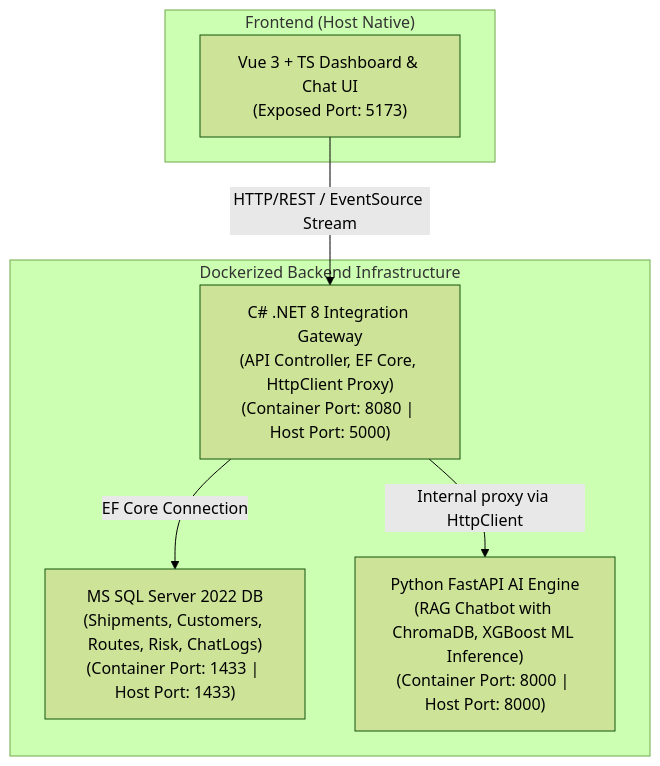
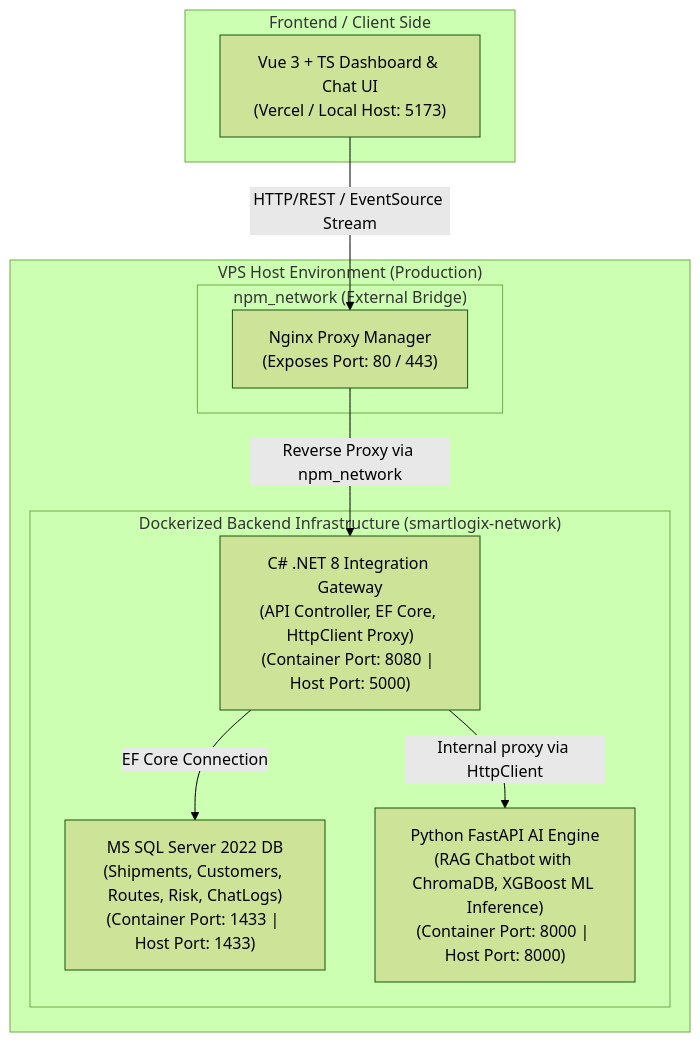
Before and after one commit to le-dat/smart-logix-rag: the diagram in README.md, drawn with Mermaid (forest theme). The commit also changed other lines of this file and 2 other files, not shown here.

Commit message:
feat: implement automated CI/CD pipeline for image building and VPS deployment

````diff
--- a/README.md
+++ b/README.md
@@ -9,18 +9,25 @@
 ```mermaid
 graph TD
-    subgraph Client ["Frontend (Host Native)"]
-        Vue3["Vue 3 + TS Dashboard & Chat UI<br/>(Exposed Port: 5173)"]
+    subgraph Client ["Frontend / Client Side"]
+        Vue3["Vue 3 + TS Dashboard & Chat UI<br/>(Vercel / Local Host: 5173)"]
     end
 
-    subgraph BackendInfrastructure ["Dockerized Backend Infrastructure"]
-        DotNet["C# .NET 8 Integration Gateway<br/>(API Controller, EF Core, HttpClient Proxy)<br/>(Container Port: 8080 | Host Port: 5000)"]
+    subgraph VPS ["VPS Host Environment (Production)"]
+        subgraph ProxyNet ["npm_network (External Bridge)"]
+            NPM["Nginx Proxy Manager<br/>(Exposes Port: 80 / 443)"]
+        end
 
-        MSSQL["MS SQL Server 2022 DB<br/>(Shipments, Customers, Routes, Risk, ChatLogs)<br/>(Container Port: 1433 | Host Port: 1433)"]
+        subgraph BackendInfrastructure ["Dockerized Backend Infrastructure (smartlogix-network)"]
+            DotNet["C# .NET 8 Integration Gateway<br/>(API Controller, EF Core, HttpClient Proxy)<br/>(Container Port: 8080 | Host Port: 5000)"]
 
-        PythonAI["Python FastAPI AI Engine<br/>(RAG Chatbot with ChromaDB, XGBoost ML Inference)<br/>(Container Port: 8000 | Host Port: 8000)"]
+            MSSQL["MS SQL Server 2022 DB<br/>(Shipments, Customers, Routes, Risk, ChatLogs)<br/>(Container Port: 1433 | Host Port: 1433)"]
+
+            PythonAI["Python FastAPI AI Engine<br/>(RAG Chatbot with ChromaDB, XGBoost ML Inference)<br/>(Container Port: 8000 | Host Port: 8000)"]
+        end
     end
 
-    Vue3 -->|HTTP/REST / EventSource Stream| DotNet
+    Vue3 -->|HTTP/REST / EventSource Stream| NPM
+    NPM -->|Reverse Proxy via npm_network| DotNet
     DotNet -->|EF Core Connection| MSSQL
     DotNet -->|Internal proxy via HttpClient| PythonAI
 ```
````
